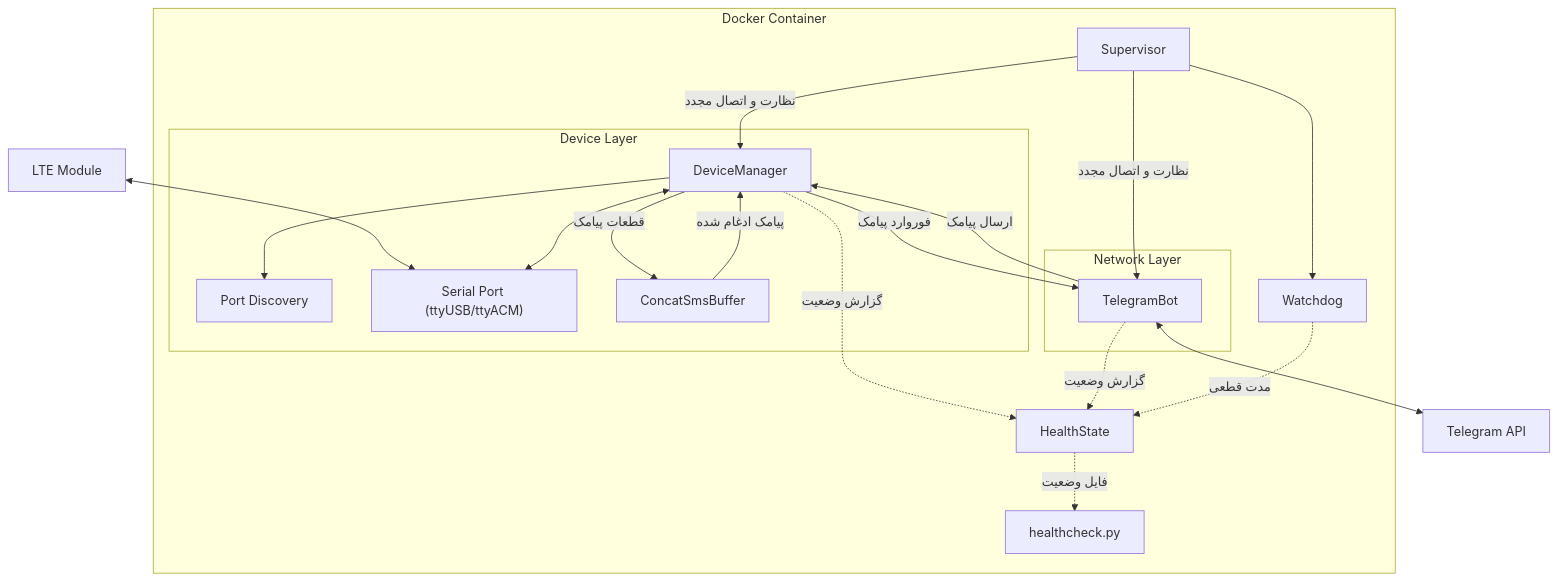
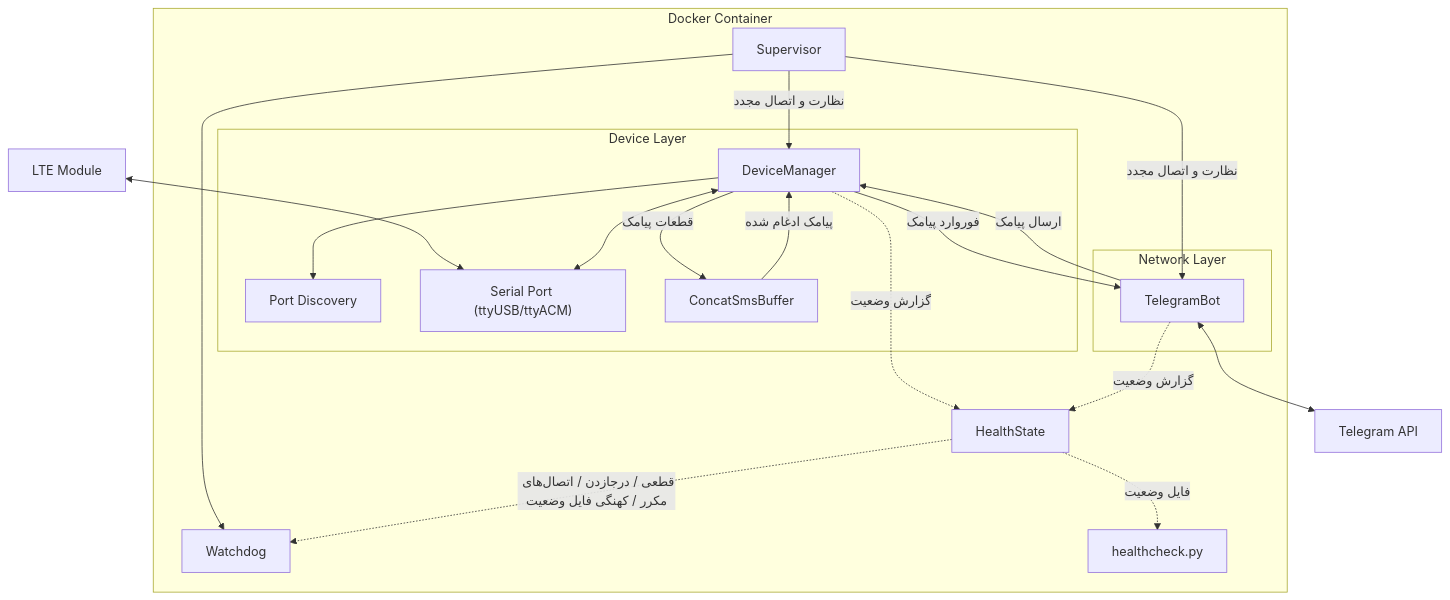
One commit to vxhorse/SMS_forwarder_Telegram changed the diagram in README_FA.md. Above: the diagram before and after it, drawn with Mermaid. The commit also changed other lines of this file and 3 other files, not shown here.

````diff
--- a/README_FA.md
+++ b/README_FA.md
@@ -21,37 +21,37 @@
 ```mermaid
 graph TD
     subgraph DC [Docker Container]
         Sup[Supervisor]
         WD[Watchdog]
         HS[HealthState]
         HC["healthcheck.py"]
 
         subgraph DeviceLayer [Device Layer]
             DM[DeviceManager]
             Disc[Port Discovery]
             Serial["Serial Port (ttyUSB/ttyACM)"]
             Buffer[ConcatSmsBuffer]
         end
 
         subgraph NetworkLayer [Network Layer]
             Bot[TelegramBot]
         end
     end
 
     Hardware[LTE Module] <--> Serial
     Sup -- "نظارت و اتصال مجدد" --> DM
     Sup -- "نظارت و اتصال مجدد" --> Bot
     Sup --> WD
     DM --> Disc
     DM <--> Serial
     DM -- "قطعات پیامک" --> Buffer
     Buffer -- "پیامک ادغام شده" --> DM
     DM -- "فوروارد پیامک" --> Bot
     Bot -- "ارسال پیامک" --> DM
     Bot <--> API[Telegram API]
 
     DM -. "گزارش وضعیت" .-> HS
     Bot -. "گزارش وضعیت" .-> HS
-    WD -. "مدت قطعی" .-> HS
+    HS -. "قطعی / درجازدن / اتصال‌های مکرر / کهنگی فایل وضعیت" .-> WD
     HS -. "فایل وضعیت" .-> HC
 ```
````
